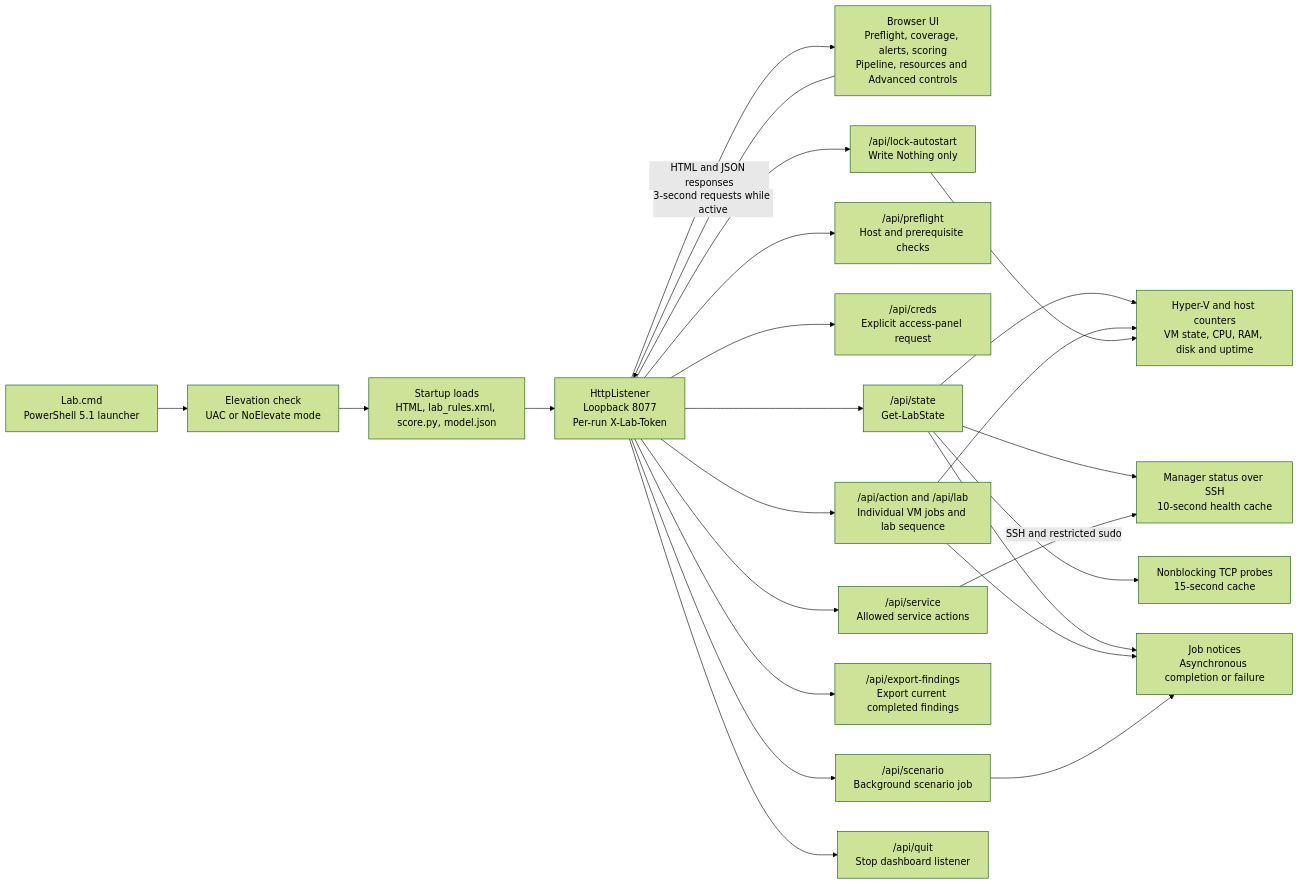
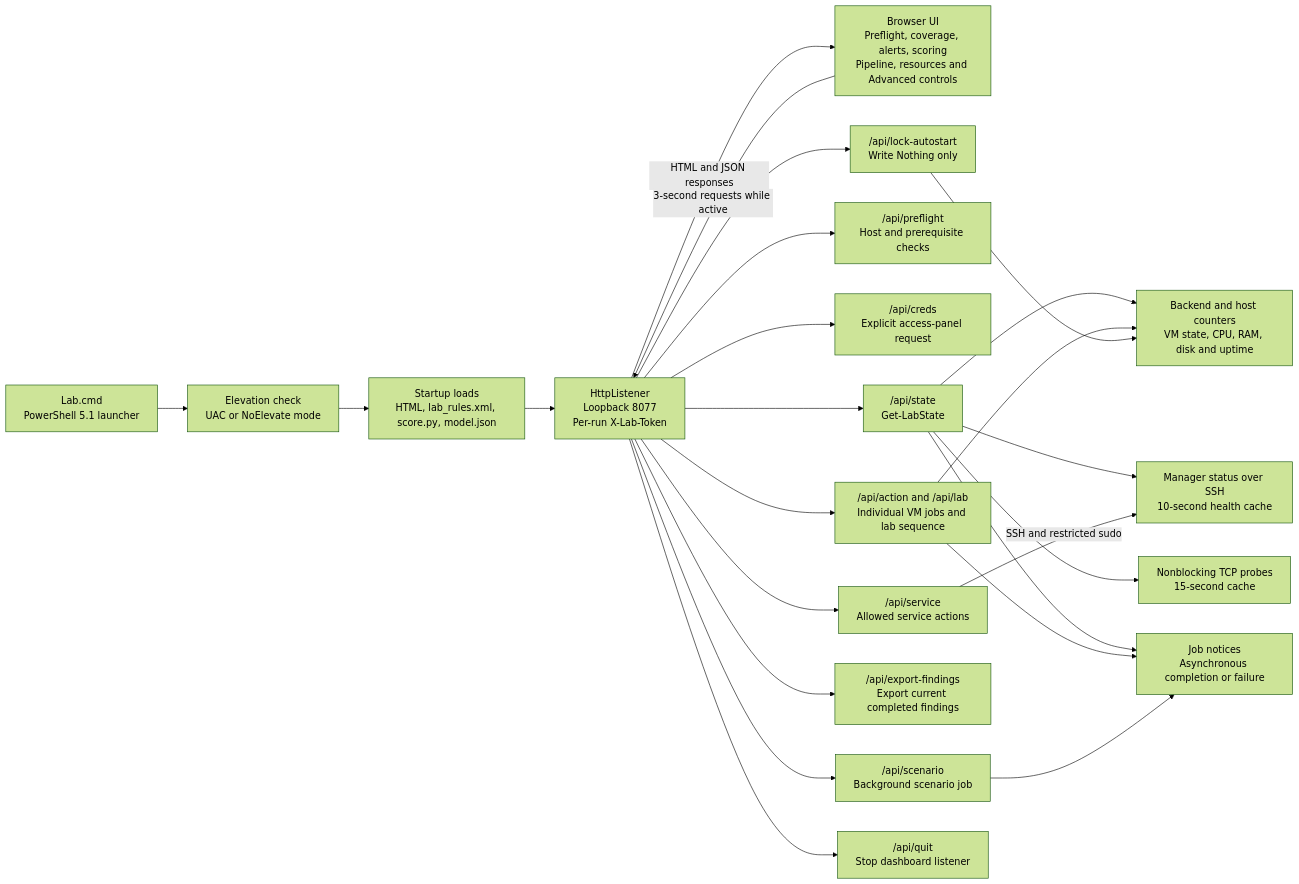
Before and after one commit to koustubs/wazuh-mitre-attack-lab: the sixth of 11 diagrams in docs/architecture/README.md, drawn with Mermaid (forest theme). The commit also changed other lines of this file and 9 other files, not shown here.

First line of the commit message:
Write the architecture diagrams from one source instead of three

````diff
--- a/docs/architecture/README.md
+++ b/docs/architecture/README.md
@@ -306,43 +321,43 @@
 ```mermaid
 flowchart LR
     START["Lab.cmd<br/>PowerShell 5.1 launcher"]
     ELEV["Elevation check<br/>UAC or NoElevate mode"]
     INIT["Startup loads<br/>HTML, lab_rules.xml, score.py, model.json"]
     HTTP["HttpListener<br/>Loopback 8077<br/>Per-run X-Lab-Token"]
     PAGE["Browser UI<br/>Preflight, coverage, alerts, scoring<br/>Pipeline, resources and Advanced controls"]
     STATE["/api/state<br/>Get-LabState"]
     PRE["/api/preflight<br/>Host and prerequisite checks"]
     CREDS["/api/creds<br/>Explicit access-panel request"]
     POWER["/api/action and /api/lab<br/>Individual VM jobs and lab sequence"]
     SERVICE["/api/service<br/>Allowed service actions"]
     RUN["/api/scenario<br/>Background scenario job"]
     EXPORT["/api/export-findings<br/>Export current completed findings"]
     LOCK["/api/lock-autostart<br/>Write Nothing only"]
     QUIT["/api/quit<br/>Stop dashboard listener"]
-    VM["Hyper-V and host counters<br/>VM state, CPU, RAM, disk and uptime"]
+    VM["Backend and host counters<br/>VM state, CPU, RAM, disk and uptime"]
     HEALTH["Manager status over SSH<br/>10-second health cache"]
     PROBE["Nonblocking TCP probes<br/>15-second cache"]
     JOBS["Job notices<br/>Asynchronous completion or failure"]
     START --> ELEV --> INIT --> HTTP
     HTTP -->|HTML and JSON responses| PAGE
     PAGE -->|3-second requests while active| HTTP
     HTTP --> STATE
     HTTP --> PRE
     HTTP --> CREDS
     HTTP --> POWER
     HTTP --> SERVICE
     HTTP --> RUN
     HTTP --> EXPORT
     HTTP --> LOCK
     HTTP --> QUIT
     STATE --> VM
     STATE --> HEALTH
     STATE --> PROBE
     STATE --> JOBS
     POWER --> VM
     POWER --> JOBS
     RUN --> JOBS
     LOCK --> VM
     SERVICE -->|SSH and restricted sudo| HEALTH
     classDef store fill:#e7f2eb,stroke:#487b60,color:#173b29
 ```
````
